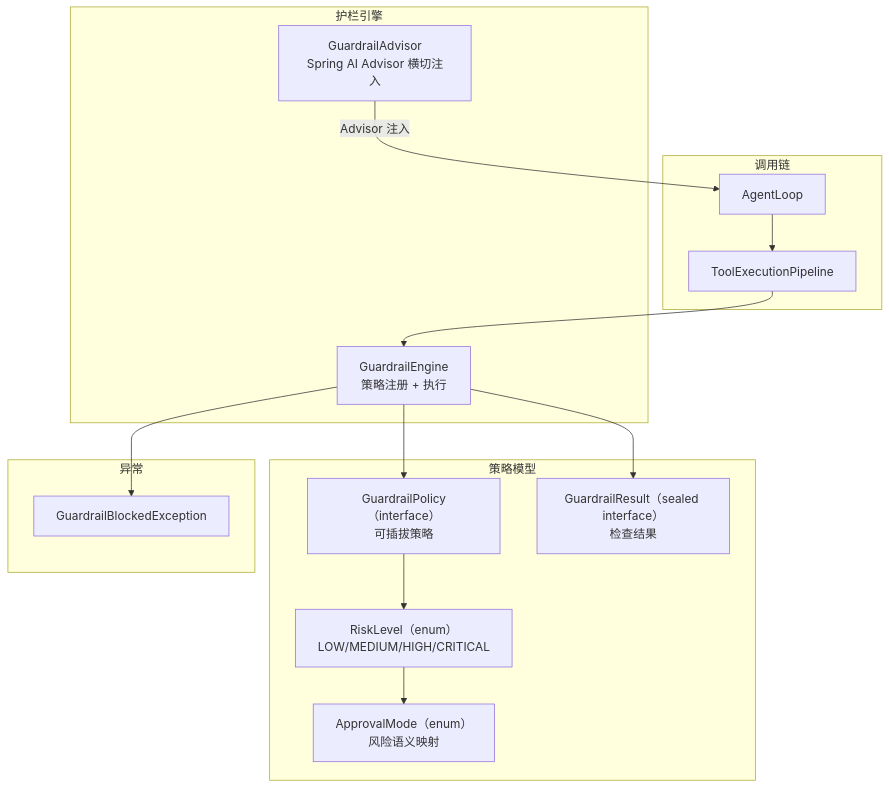
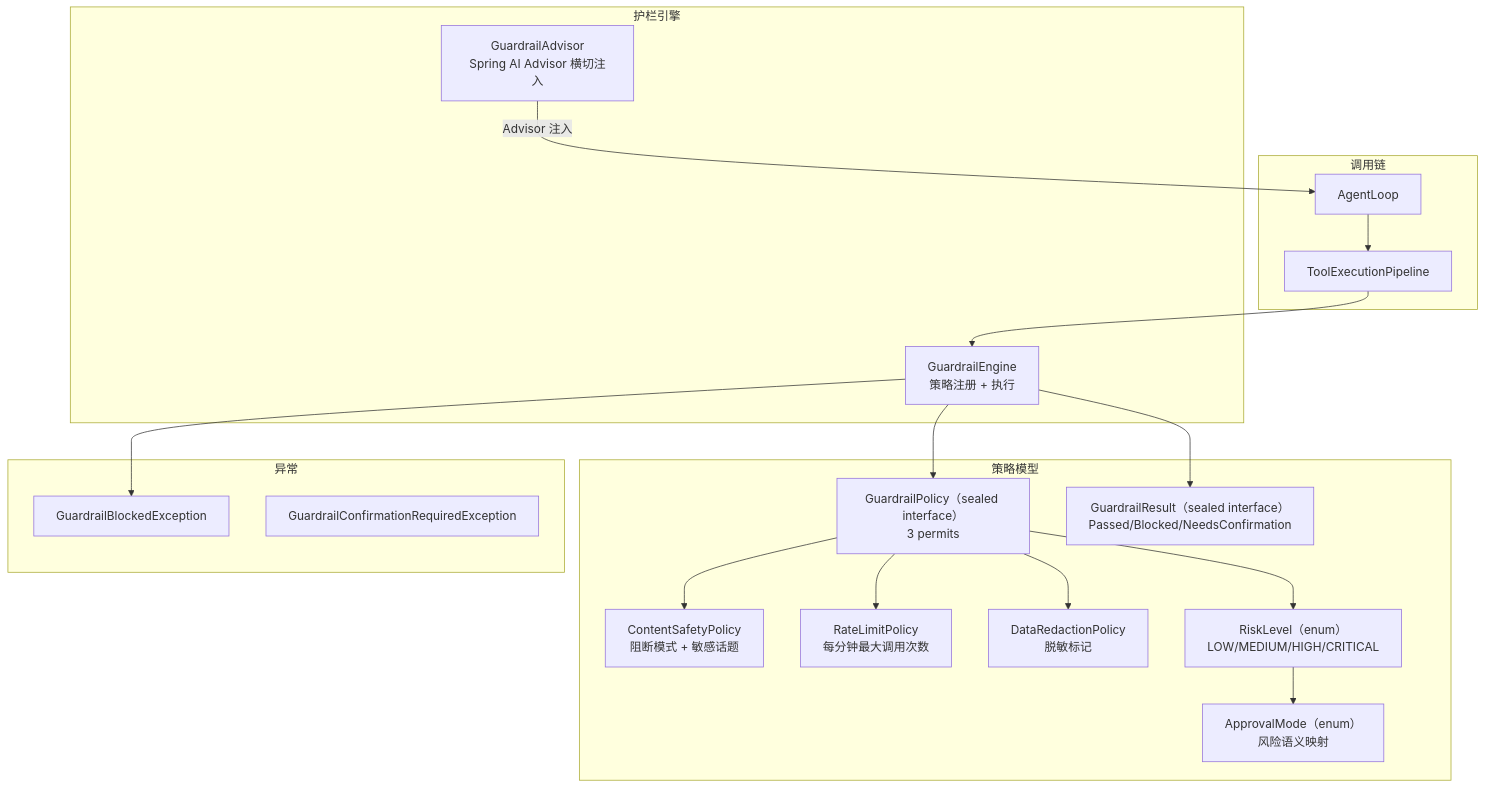
The first of 2 diagrams in docs/architecture/guardrail.md (ntygod/LifePilot), drawn with Mermaid before and after one commit. The commit also changed other lines of this file and 13 other files, not shown here.

````diff
--- a/docs/architecture/guardrail.md
+++ b/docs/architecture/guardrail.md
@@ -13,31 +13,39 @@
 ```mermaid
 graph TB
     subgraph "调用链"
         AGENT["AgentLoop"]
         PIPE["ToolExecutionPipeline"]
     end
 
     subgraph "护栏引擎"
         ENGINE["GuardrailEngine<br/>策略注册 + 执行"]
         ADVISOR["GuardrailAdvisor<br/>Spring AI Advisor 横切注入"]
     end
 
     subgraph "策略模型"
-        POLICY["GuardrailPolicy（interface）<br/>可插拔策略"]
+        POLICY["GuardrailPolicy（sealed interface）<br/>3 permits"]
+        CSP["ContentSafetyPolicy<br/>阻断模式 + 敏感话题"]
+        RLP["RateLimitPolicy<br/>每分钟最大调用次数"]
+        DRP["DataRedactionPolicy<br/>脱敏标记"]
         RISK["RiskLevel（enum）<br/>LOW/MEDIUM/HIGH/CRITICAL"]
         APPROVAL["ApprovalMode（enum）<br/>风险语义映射"]
-        RESULT["GuardrailResult（sealed interface）<br/>检查结果"]
+        RESULT["GuardrailResult（sealed interface）<br/>Passed/Blocked/NeedsConfirmation"]
     end
 
     subgraph "异常"
         BLOCKED["GuardrailBlockedException"]
+        CONFIRM["GuardrailConfirmationRequiredException"]
     end
+
+    POLICY --> CSP
+    POLICY --> RLP
+    POLICY --> DRP
 
     AGENT --> PIPE --> ENGINE
     ADVISOR -->|"Advisor 注入"| AGENT
     ENGINE --> POLICY
     POLICY --> RISK
     RISK --> APPROVAL
     ENGINE --> RESULT
     ENGINE --> BLOCKED
 ```
````
